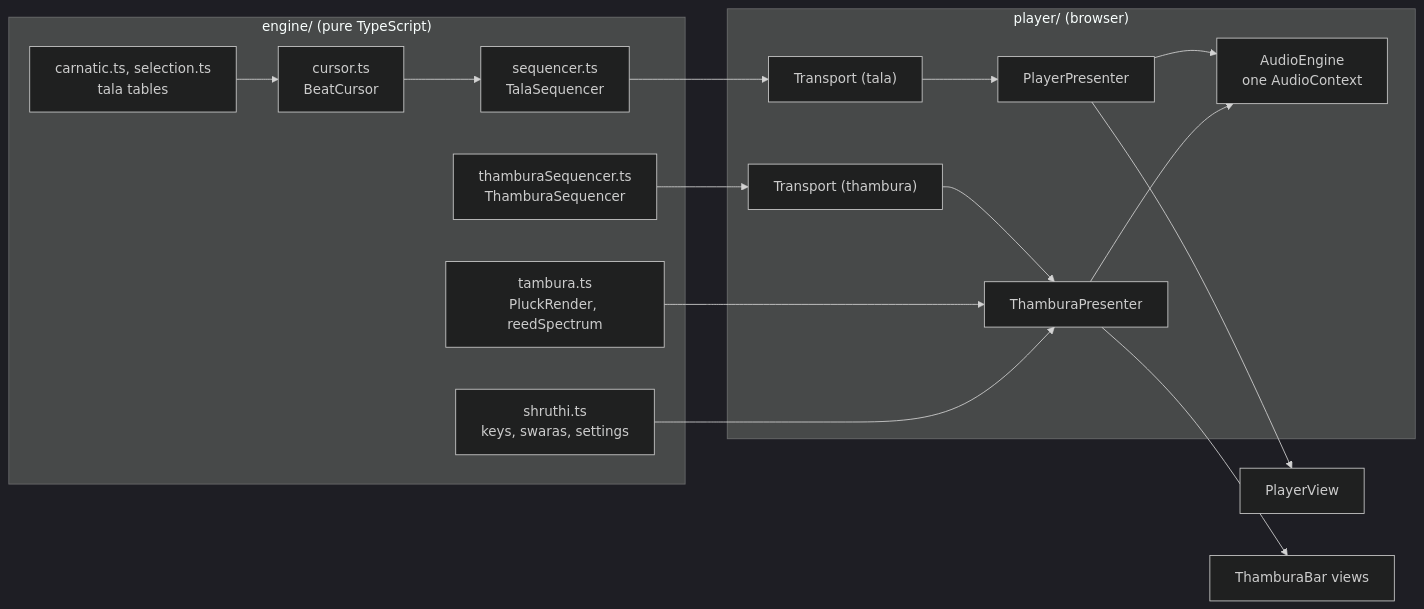
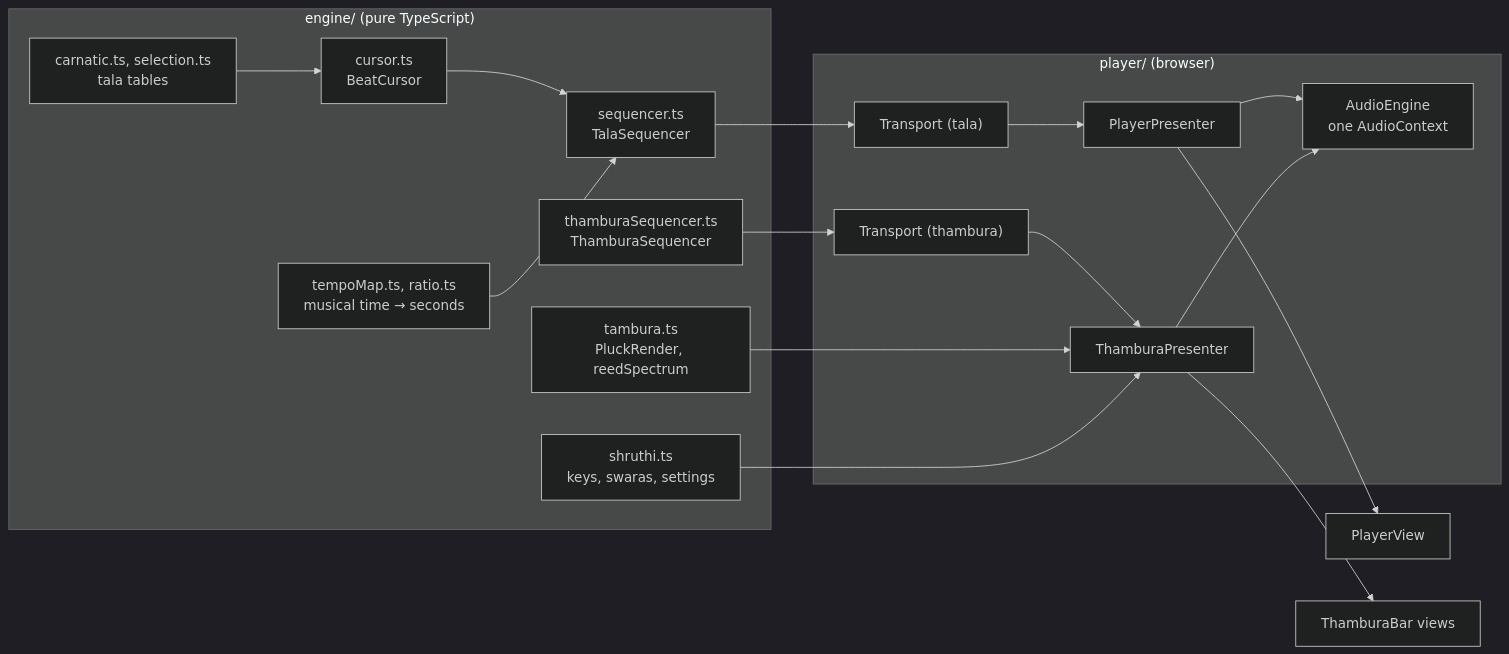
One commit to panyam/thambura changed the first of 3 diagrams in docs/architecture.md. Above: the diagram before and after it, drawn with Mermaid (dark theme). The commit also changed other lines of this file and 12 other files, not shown here.

First line of the commit message:
Musical timeline: exact positions and a shared TempoMap

````diff
--- a/docs/architecture.md
+++ b/docs/architecture.md
@@ -11,23 +11,24 @@
 ```mermaid
 flowchart LR
   subgraph engine["engine/ (pure TypeScript)"]
     tables["carnatic.ts, selection.ts<br/>tala tables"] --> cursor["cursor.ts<br/>BeatCursor"]
     cursor --> talaSeq["sequencer.ts<br/>TalaSequencer"]
+    tempo["tempoMap.ts, ratio.ts<br/>musical time → seconds"] --> talaSeq
     thSeq["thamburaSequencer.ts<br/>ThamburaSequencer"]
     synth["tambura.ts<br/>PluckRender, reedSpectrum"]
     pitch["shruthi.ts<br/>keys, swaras, settings"]
   end
   subgraph player["player/ (browser)"]
     tp["Transport (tala)"] --> pp["PlayerPresenter"]
     tt["Transport (thambura)"] --> thp["ThamburaPresenter"]
     audio["AudioEngine<br/>one AudioContext"]
   end
   talaSeq --> tp
   thSeq --> tt
   synth --> thp
   pitch --> thp
   pp --> audio
   thp --> audio
   pp --> pv["PlayerView"]
   thp --> tv["ThamburaBar views"]
 ```
````
